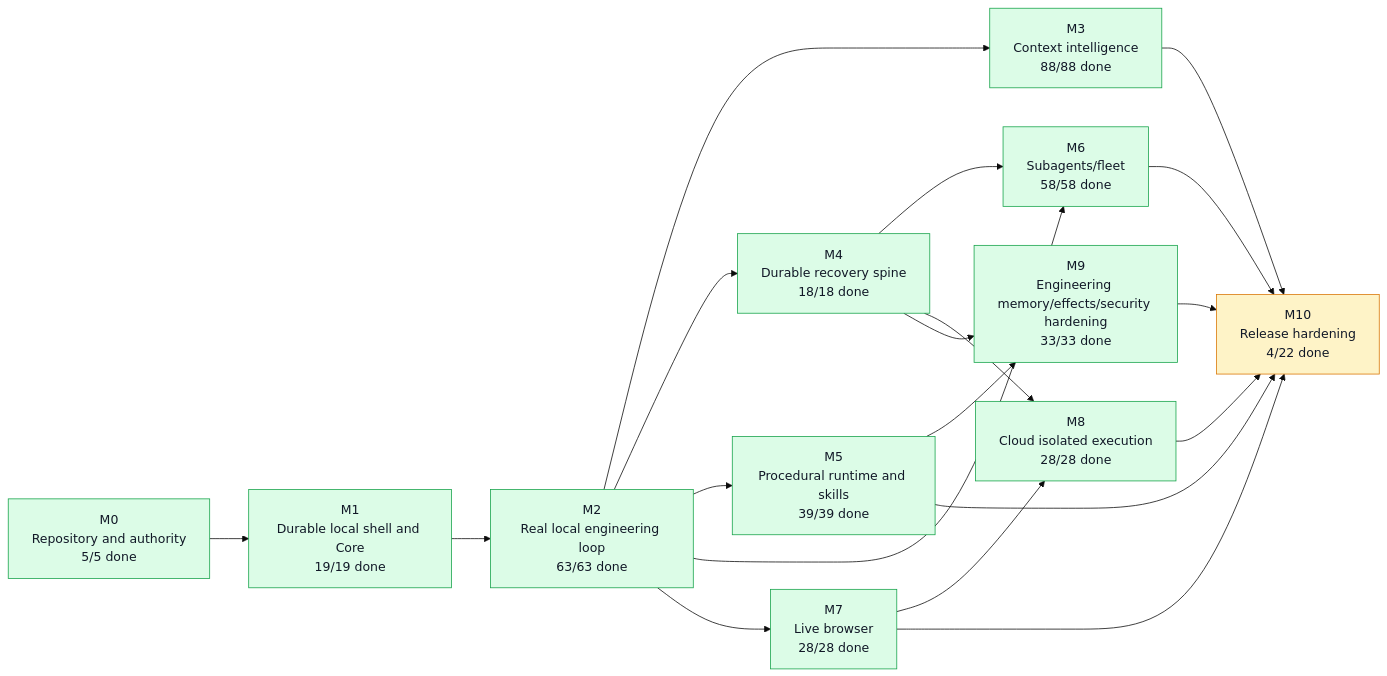
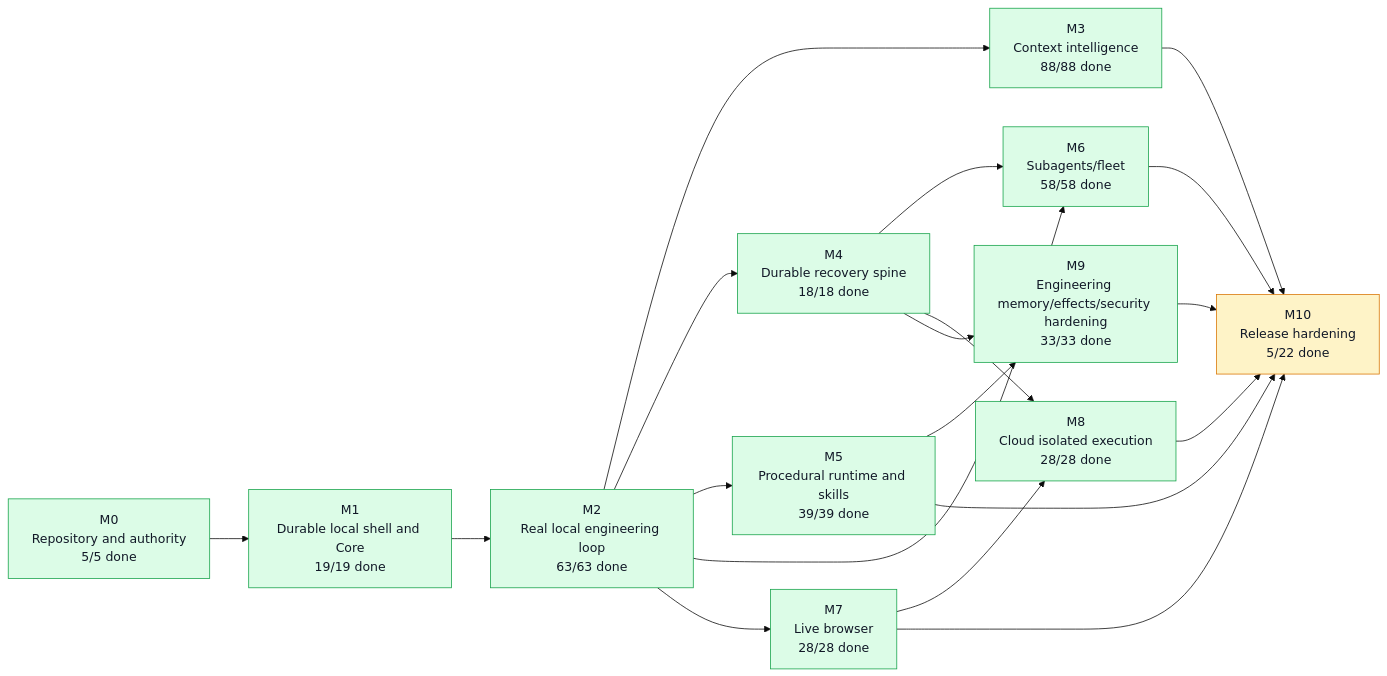
The first of 5 diagrams in graph/PROJECT_GRAPH.md (moss101/modbit), drawn with Mermaid (base theme) before and after one commit. The commit also changed other lines of this file and 5 other files, not shown here.

````diff
--- a/graph/PROJECT_GRAPH.md
+++ b/graph/PROJECT_GRAPH.md
@@ -57,43 +57,43 @@
 ```mermaid
 flowchart LR
   M0["M0<br/>Repository and authority<br/>5/5 done"]
   M1["M1<br/>Durable local shell and Core<br/>19/19 done"]
   M2["M2<br/>Real local engineering loop<br/>63/63 done"]
   M3["M3<br/>Context intelligence<br/>88/88 done"]
   M4["M4<br/>Durable recovery spine<br/>18/18 done"]
   M5["M5<br/>Procedural runtime and skills<br/>39/39 done"]
   M6["M6<br/>Subagents/fleet<br/>58/58 done"]
   M7["M7<br/>Live browser<br/>28/28 done"]
   M8["M8<br/>Cloud isolated execution<br/>28/28 done"]
   M9["M9<br/>Engineering memory/effects/security hardening<br/>33/33 done"]
-  M10["M10<br/>Release hardening<br/>4/22 done"]
+  M10["M10<br/>Release hardening<br/>5/22 done"]
   M0 --> M1
   M1 --> M2
   M2 --> M3
   M2 --> M4
   M2 --> M5
   M2 --> M6
   M4 --> M6
   M2 --> M7
   M4 --> M8
   M7 --> M8
   M4 --> M9
   M5 --> M9
   M3 --> M10
   M5 --> M10
   M6 --> M10
   M7 --> M10
   M8 --> M10
   M9 --> M10
   style M0 fill:#dcfce7,stroke:#16a34a,color:#111827
   style M1 fill:#dcfce7,stroke:#16a34a,color:#111827
   style M2 fill:#dcfce7,stroke:#16a34a,color:#111827
   style M3 fill:#dcfce7,stroke:#16a34a,color:#111827
   style M4 fill:#dcfce7,stroke:#16a34a,color:#111827
   style M5 fill:#dcfce7,stroke:#16a34a,color:#111827
   style M6 fill:#dcfce7,stroke:#16a34a,color:#111827
   style M7 fill:#dcfce7,stroke:#16a34a,color:#111827
   style M8 fill:#dcfce7,stroke:#16a34a,color:#111827
   style M9 fill:#dcfce7,stroke:#16a34a,color:#111827
   style M10 fill:#fef3c7,stroke:#d97706,color:#111827
 ```
````
